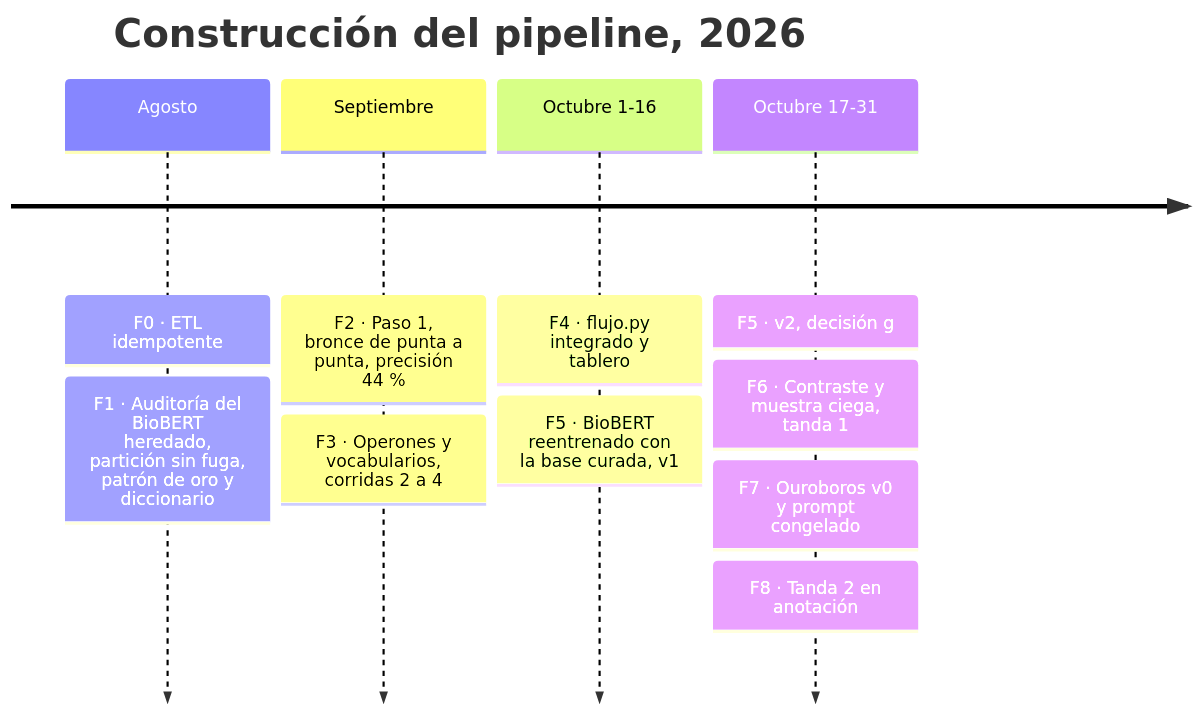
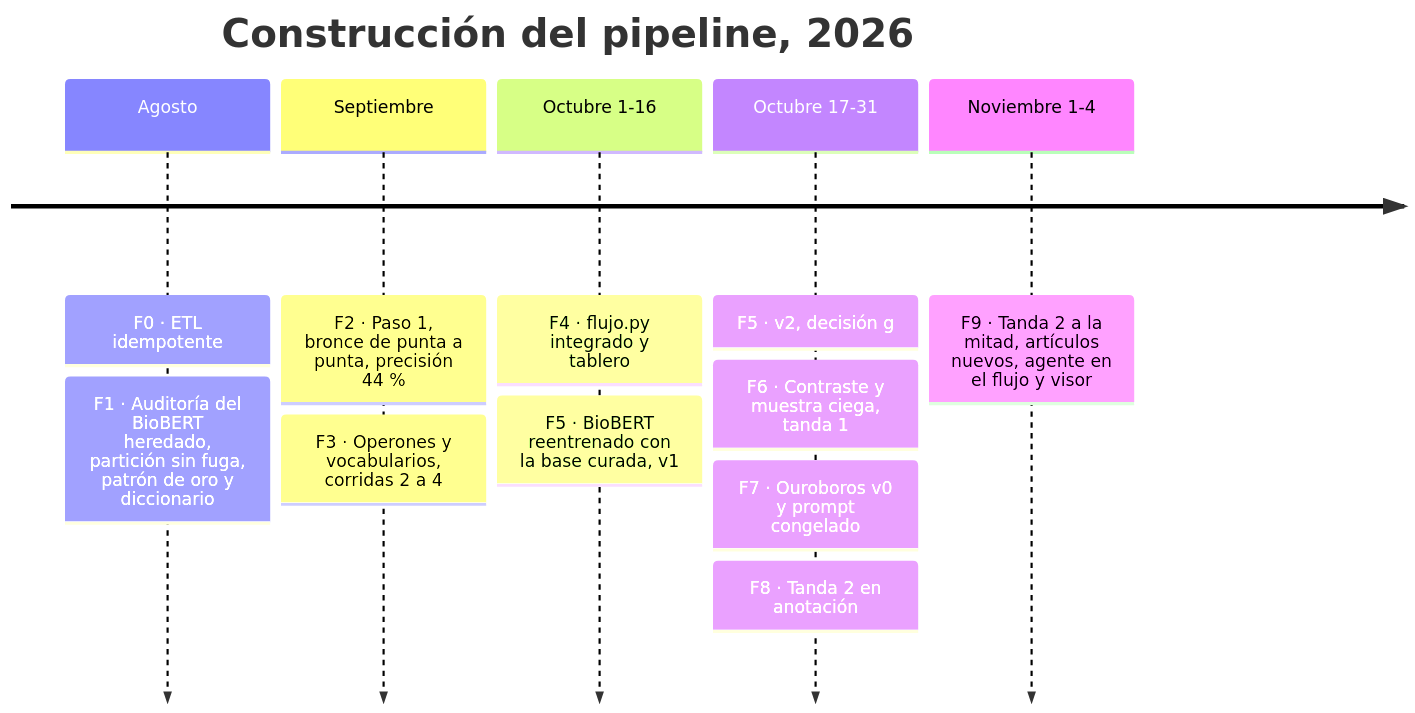
One commit to MonkeyDMemo/download_abstract_pdf changed the third of 6 diagrams in docs/reporte/reporte.md. Above: the diagram before and after it, drawn with Mermaid. The commit also changed other lines of this file and 3 other files, not shown here.

````diff
--- a/docs/reporte/reporte.md
+++ b/docs/reporte/reporte.md
@@ -118,8 +121,9 @@
 ```mermaid
 timeline
   title Construcción del pipeline, 2026
   Agosto : F0 · ETL idempotente : F1 · Auditoría del BioBERT heredado, partición sin fuga, patrón de oro y diccionario
   Septiembre : F2 · Paso 1, bronce de punta a punta, precisión 44 % : F3 · Operones y vocabularios, corridas 2 a 4
   Octubre 1-16 : F4 · flujo.py integrado y tablero : F5 · BioBERT reentrenado con la base curada, v1
   Octubre 17-31 : F5 · v2, decisión g : F6 · Contraste y muestra ciega, tanda 1 : F7 · Ouroboros v0 y prompt congelado : F8 · Tanda 2 en anotación
+  Noviembre 1-4 : F9 · Tanda 2 a la mitad, artículos nuevos, agente en el flujo y visor
 ```
````
